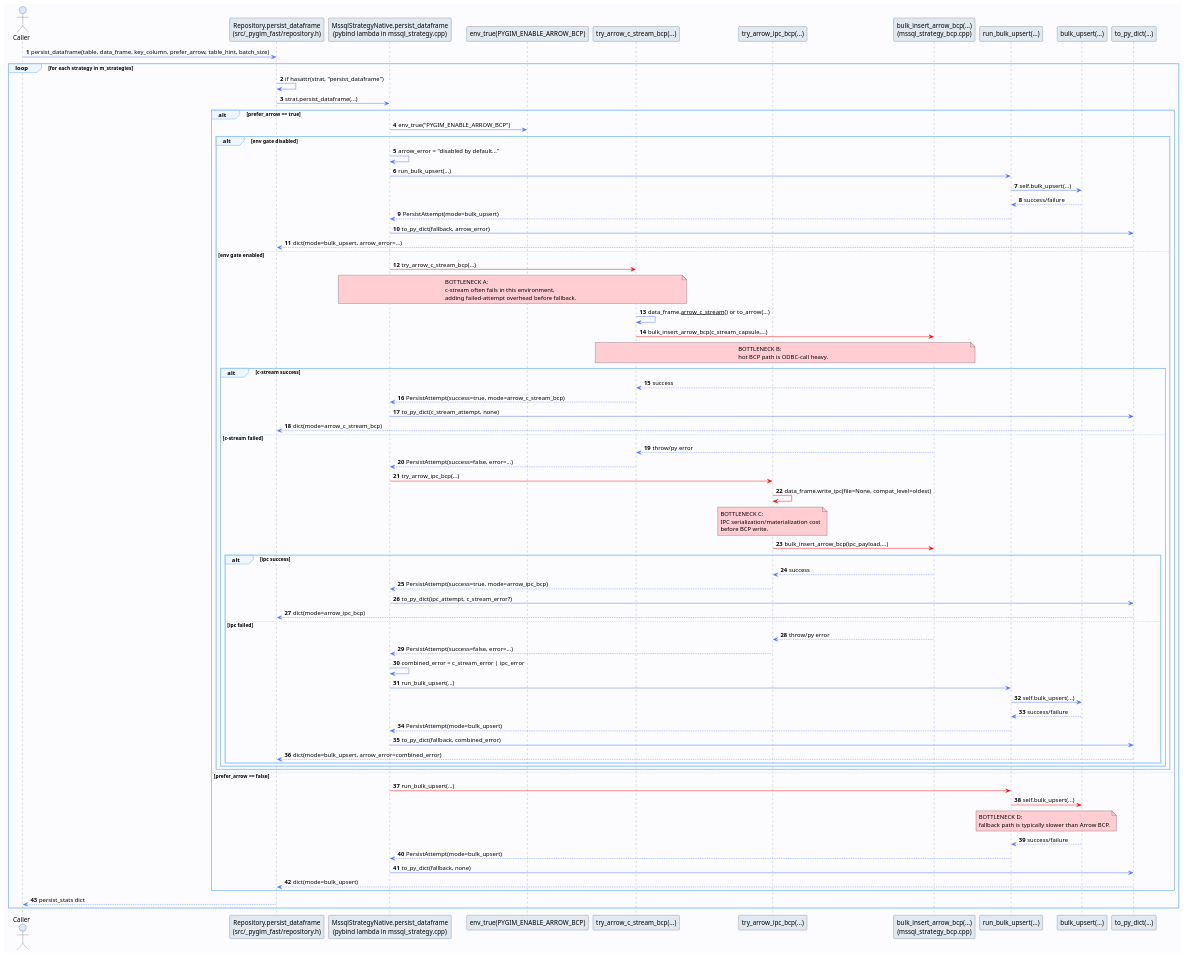
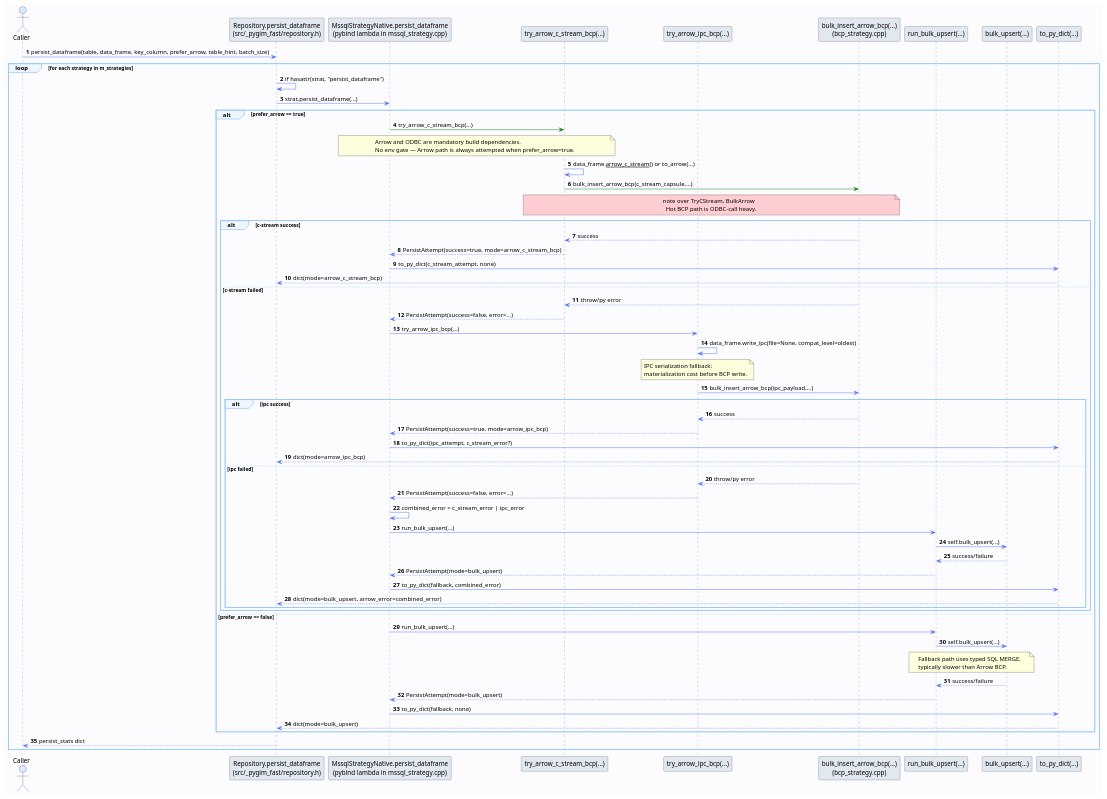
One commit to Debith/pygim changed the diagram in docs/design/repository-seq-diagram.puml. Above: the diagram before and after it, drawn with PlantUML. The commit also changed 32 other files, not shown here.

```diff
--- a/docs/design/repository-seq-diagram.puml
+++ b/docs/design/repository-seq-diagram.puml
@@ -1,118 +1,102 @@
 @startuml RepositoryPersistDataFrameSequence
 
 skinparam backgroundColor #FCFCFF
 skinparam shadowing false
 skinparam sequence {
   ArrowColor #4C6FFF
   LifeLineBorderColor #64748B
   LifeLineBackgroundColor #F8FAFC
   ParticipantBorderColor #334155
   ParticipantBackgroundColor #E2E8F0
   ActorBorderColor #1E293B
   ActorBackgroundColor #DBEAFE
   GroupBorderColor #93C5FD
   GroupBackgroundColor #EFF6FF
 }
 
 autonumber
 
 actor Caller
 
 participant "Repository.persist_dataframe\n(src/_pygim_fast/repository.h)" as RepoPersist
 participant "MssqlStrategyNative.persist_dataframe\n(pybind lambda in mssql_strategy.cpp)" as StratPersist
-participant "env_true(PYGIM_ENABLE_ARROW_BCP)" as EnvGate
 participant "try_arrow_c_stream_bcp(...)" as TryCStream
 participant "try_arrow_ipc_bcp(...)" as TryIpc
-participant "bulk_insert_arrow_bcp(...)\n(mssql_strategy_bcp.cpp)" as BulkArrow
+participant "bulk_insert_arrow_bcp(...)\n(bcp_strategy.cpp)" as BulkArrow
 participant "run_bulk_upsert(...)" as RunFallback
 participant "bulk_upsert(...)" as BulkUpsert
 participant "to_py_dict(...)" as ToDict
 
 Caller -> RepoPersist: persist_dataframe(table, data_frame, key_column, prefer_arrow, table_hint, batch_size)
 
 loop for each strategy in m_strategies
   RepoPersist -> RepoPersist: if hasattr(strat, "persist_dataframe")
   RepoPersist -> StratPersist: strat.persist_dataframe(...)
 
   alt prefer_arrow == true
-    StratPersist -> EnvGate: env_true("PYGIM_ENABLE_ARROW_BCP")
-
-    alt env gate disabled
-      StratPersist -> StratPersist: arrow_error = "disabled by default..."
-      StratPersist -> RunFallback: run_bulk_upsert(...)
-      RunFallback -> BulkUpsert: self.bulk_upsert(...)
-      BulkUpsert --> RunFallback: success/failure
-      RunFallback --> StratPersist: PersistAttempt(mode=bulk_upsert)
-      StratPersist -> ToDict: to_py_dict(fallback, arrow_error)
-      ToDict --> RepoPersist: dict(mode=bulk_upsert, arrow_error=...)
-
-    else env gate enabled
-      StratPersist -[#red]> TryCStream: try_arrow_c_stream_bcp(...)
-      note over StratPersist, TryCStream #FFCDD2
-        BOTTLENECK A:
-        c-stream often fails in this environment,
-        adding failed-attempt overhead before fallback.
+      StratPersist -[#green]> TryCStream: try_arrow_c_stream_bcp(...)
+      note over StratPersist, TryCStream
+        Arrow and ODBC are mandatory build dependencies.
+        No env gate — Arrow path is always attempted when prefer_arrow=true.
       end note
       TryCStream -> TryCStream: data_frame.__arrow_c_stream__() or to_arrow(...)
-      TryCStream -[#red]> BulkArrow: bulk_insert_arrow_bcp(c_stream_capsule,...)
+      TryCStream -[#green]> BulkArrow: bulk_insert_arrow_bcp(c_stream_capsule,...)
       note over TryCStream, BulkArrow #FFCDD2
-        BOTTLENECK B:
-        hot BCP path is ODBC-call heavy.
+      note over TryCStream, BulkArrow
+        Hot BCP path is ODBC-call heavy.
       end note
 
       alt c-stream success
         BulkArrow --> TryCStream: success
         TryCStream --> StratPersist: PersistAttempt(success=true, mode=arrow_c_stream_bcp)
         StratPersist -> ToDict: to_py_dict(c_stream_attempt, none)
         ToDict --> RepoPersist: dict(mode=arrow_c_stream_bcp)
 
       else c-stream failed
         BulkArrow --> TryCStream: throw/py error
         TryCStream --> StratPersist: PersistAttempt(success=false, error=...)
 
-        StratPersist -[#red]> TryIpc: try_arrow_ipc_bcp(...)
-        TryIpc -[#red]> TryIpc: data_frame.write_ipc(file=None, compat_level=oldest)
-        note over TryIpc #FFCDD2
-          BOTTLENECK C:
-          IPC serialization/materialization cost
-          before BCP write.
+        StratPersist -> TryIpc: try_arrow_ipc_bcp(...)
+        TryIpc -> TryIpc: data_frame.write_ipc(file=None, compat_level=oldest)
+        note over TryIpc
+          IPC serialization fallback:
+          materialization cost before BCP write.
         end note
-        TryIpc -[#red]> BulkArrow: bulk_insert_arrow_bcp(ipc_payload,...)
+        TryIpc -> BulkArrow: bulk_insert_arrow_bcp(ipc_payload,...)
 
         alt ipc success
           BulkArrow --> TryIpc: success
           TryIpc --> StratPersist: PersistAttempt(success=true, mode=arrow_ipc_bcp)
           StratPersist -> ToDict: to_py_dict(ipc_attempt, c_stream_error?)
           ToDict --> RepoPersist: dict(mode=arrow_ipc_bcp)
 
         else ipc failed
           BulkArrow --> TryIpc: throw/py error
           TryIpc --> StratPersist: PersistAttempt(success=false, error=...)
           StratPersist -> StratPersist: combined_error = c_stream_error | ipc_error
           StratPersist -> RunFallback: run_bulk_upsert(...)
           RunFallback -> BulkUpsert: self.bulk_upsert(...)
           BulkUpsert --> RunFallback: success/failure
           RunFallback --> StratPersist: PersistAttempt(mode=bulk_upsert)
           StratPersist -> ToDict: to_py_dict(fallback, combined_error)
           ToDict --> RepoPersist: dict(mode=bulk_upsert, arrow_error=combined_error)
         end
       end
-    end
 
   else prefer_arrow == false
-    StratPersist -[#red]> RunFallback: run_bulk_upsert(...)
-    RunFallback -[#red]> BulkUpsert: self.bulk_upsert(...)
-    note over RunFallback, BulkUpsert #FFCDD2
-      BOTTLENECK D:
-      fallback path is typically slower than Arrow BCP.
+    StratPersist -> RunFallback: run_bulk_upsert(...)
+    RunFallback -> BulkUpsert: self.bulk_upsert(...)
+    note over RunFallback, BulkUpsert
+      Fallback path uses typed SQL MERGE,
+      typically slower than Arrow BCP.
     end note
     BulkUpsert --> RunFallback: success/failure
     RunFallback --> StratPersist: PersistAttempt(mode=bulk_upsert)
     StratPersist -> ToDict: to_py_dict(fallback, none)
     ToDict --> RepoPersist: dict(mode=bulk_upsert)
   end
 
   RepoPersist --> Caller: persist_stats dict
 end
 
 @enduml
```
